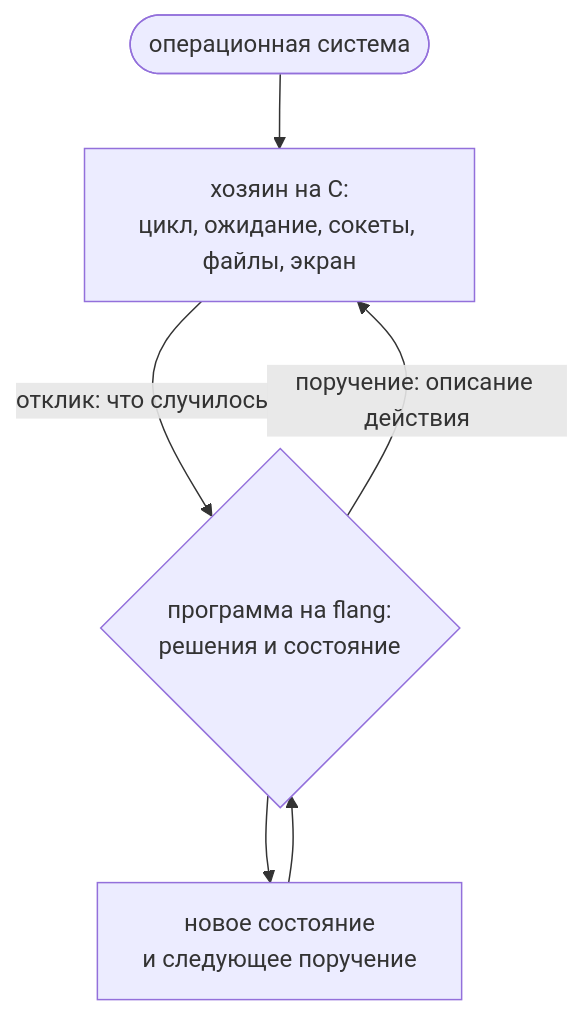
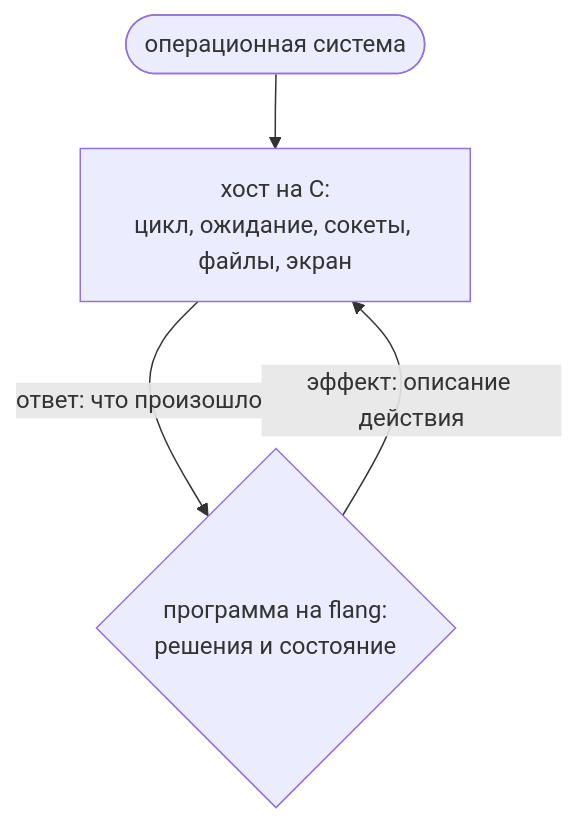
One commit to digitable-lol/flang changed the diagram in docs/site/host-boundary.ru.md. Above: the diagram before and after it, drawn with Mermaid. The commit also changed other lines of this file and 5 other files, not shown here.

````diff
--- a/docs/site/host-boundary.ru.md
+++ b/docs/site/host-boundary.ru.md
@@ -12,9 +11,7 @@
-```mermaid Два слоя и дверь между ними
+```mermaid Программа решает, хост выполняет
 flowchart TD
-  OS([операционная система]) --> H[хозяин на C:<br>цикл, ожидание, сокеты, файлы, экран]
-  H -->|отклик: что случилось| P{программа на flang:<br>решения и состояние}
-  P -->|поручение: описание действия| H
-  P --> N[новое состояние<br>и следующее поручение]
-  N --> P
+  OS([операционная система]) --> H[хост на C:<br>цикл, ожидание, сокеты, файлы, экран]
+  H -->|ответ: что произошло| P{программа на flang:<br>решения и состояние}
+  P -->|эффект: описание действия| H
   class P glavnoe
 ```
````
